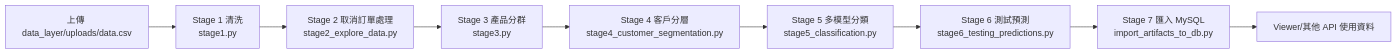
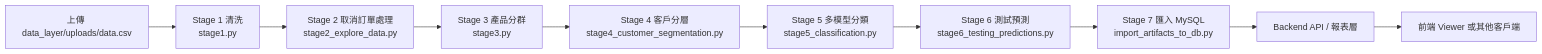
The second of 2 diagrams in README.md (fuuu555/RFM), drawn with Mermaid before and after one commit. The commit also changed other lines of this file, not shown here.

````diff
--- a/README.md
+++ b/README.md
@@ -26,11 +26,12 @@
 ```mermaid
 flowchart LR
     U[上傳 data_layer/uploads/data.csv] --> S1[Stage 1 清洗<br/>stage1.py]
     S1 --> S2[Stage 2 取消訂單處理<br/>stage2_explore_data.py]
     S2 --> S3[Stage 3 產品分群<br/>stage3.py]
     S3 --> S4[Stage 4 客戶分層<br/>stage4_customer_segmentation.py]
     S4 --> S5[Stage 5 多模型分類<br/>stage5_classification.py]
     S5 --> S6[Stage 6 測試預測<br/>stage6_testing_predictions.py]
     S6 --> S7[Stage 7 匯入 MySQL<br/>import_artifacts_to_db.py]
-    S7 --> V[Viewer/其他 API 使用資料]
+    S7 --> API[Backend API / 報表層]
+    API --> V[前端 Viewer 或其他客戶端]
 ```
````
